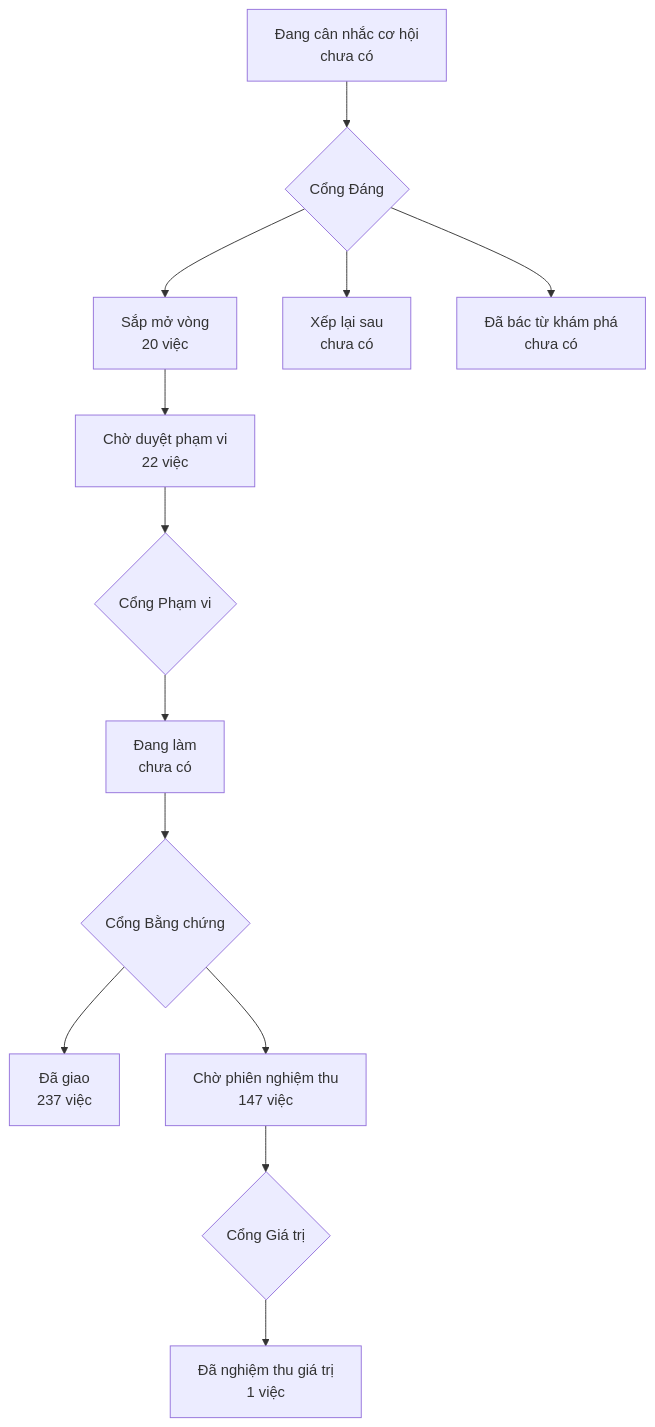
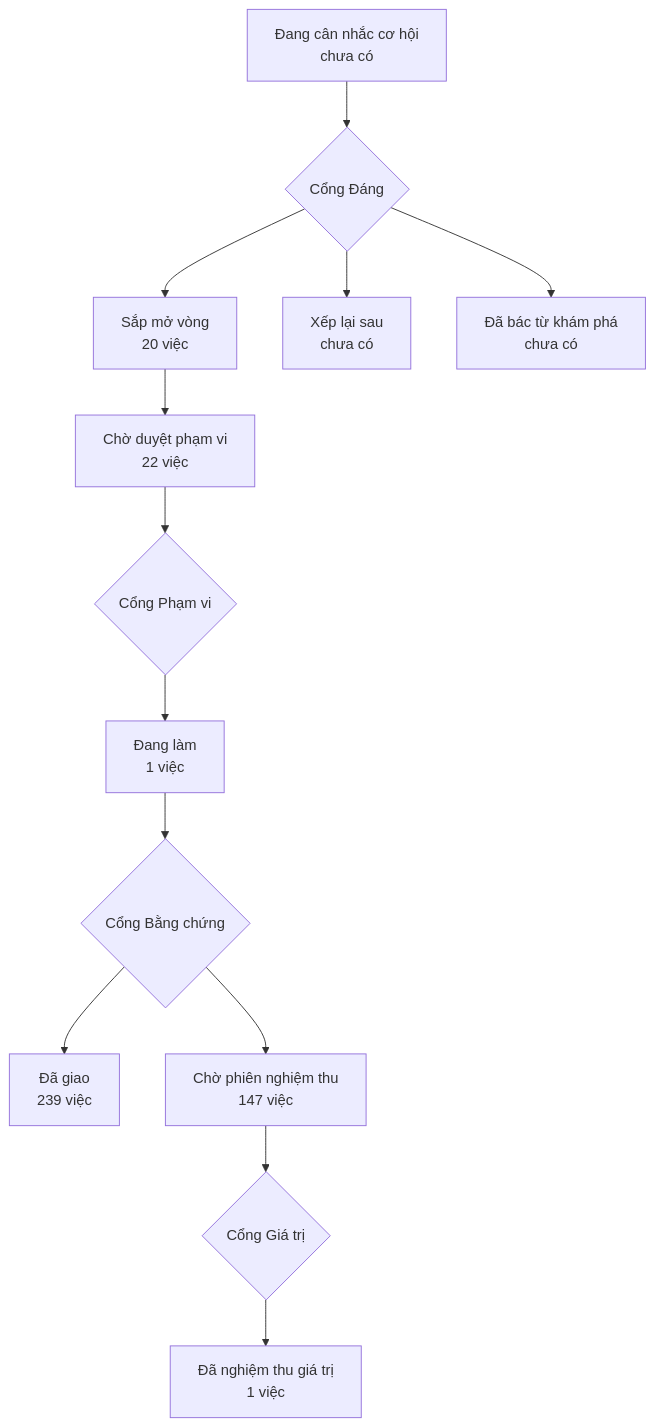
Before and after one commit to phanlemanh/onehub-invest: the diagram in PRODUCT-MAP.md, drawn with Mermaid. The commit also changed other lines of this file and 1 other file, not shown here.

````diff
--- a/PRODUCT-MAP.md
+++ b/PRODUCT-MAP.md
@@ -7,12 +7,12 @@
 ```mermaid
 flowchart TD
   A["Đang cân nhắc cơ hội<br/>chưa có"] --> GD{"Cổng Đáng"}
   GD --> B["Sắp mở vòng<br/>20 việc"]
   GD --> XL["Xếp lại sau<br/>chưa có"]
   GD --> DB["Đã bác từ khám phá<br/>chưa có"]
   B --> CD["Chờ duyệt phạm vi<br/>22 việc"] --> GP{"Cổng Phạm vi"}
-  GP --> DL["Đang làm<br/>chưa có"] --> GB{"Cổng Bằng chứng"}
-  GB --> DG["Đã giao<br/>237 việc"]
+  GP --> DL["Đang làm<br/>1 việc"] --> GB{"Cổng Bằng chứng"}
+  GB --> DG["Đã giao<br/>239 việc"]
   GB --> CN["Chờ phiên nghiệm thu<br/>147 việc"] --> GG{"Cổng Giá trị"}
   GG --> NT["Đã nghiệm thu giá trị<br/>1 việc"]
 ```
````
